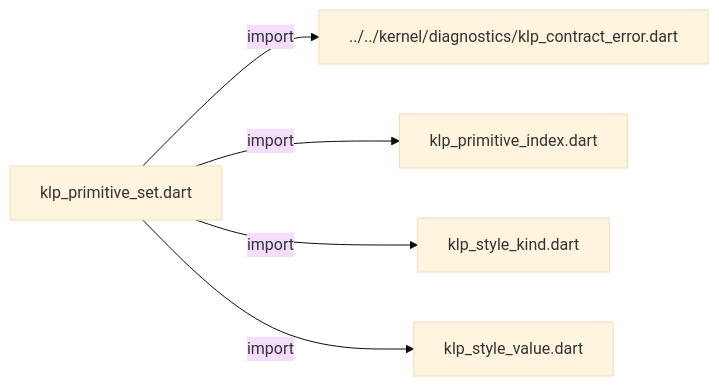
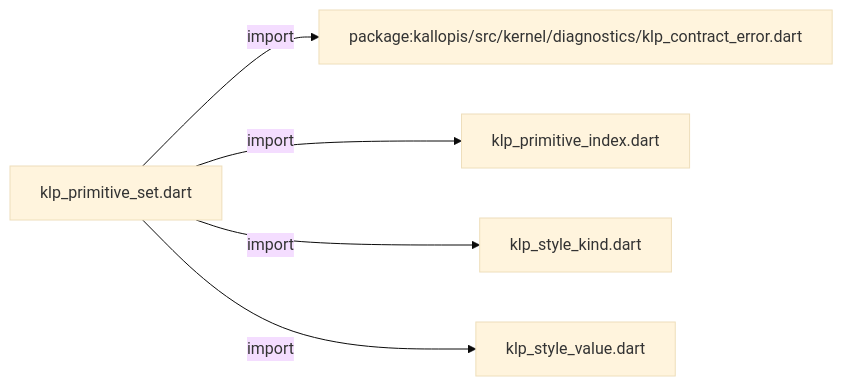
Before and after one commit to MiuDog/Kallopis: the first of 2 diagrams in docs/architecture/src/styling/primitives/klp_primitive_set.md, drawn with Mermaid (base theme). The commit also changed other lines of this file and 9688 other files, not shown here.

Commit message:
Prepare isolated Flow F2 peer baseline

````diff
--- a/docs/architecture/src/styling/primitives/klp_primitive_set.md
+++ b/docs/architecture/src/styling/primitives/klp_primitive_set.md
@@ -11,12 +11,12 @@
 ```mermaid
 flowchart LR
 	n0["klp_primitive_set.dart"]
-	n1["../../kernel/diagnostics/klp_contract_error.dart"]
+	n1["package:kallopis/src/kernel/diagnostics/klp_contract_error.dart"]
 	n2["klp_primitive_index.dart"]
 	n3["klp_style_kind.dart"]
 	n4["klp_style_value.dart"]
 	n0 -->|"import"| n1
 	n0 -->|"import"| n2
 	n0 -->|"import"| n3
 	n0 -->|"import"| n4
 ```
````
